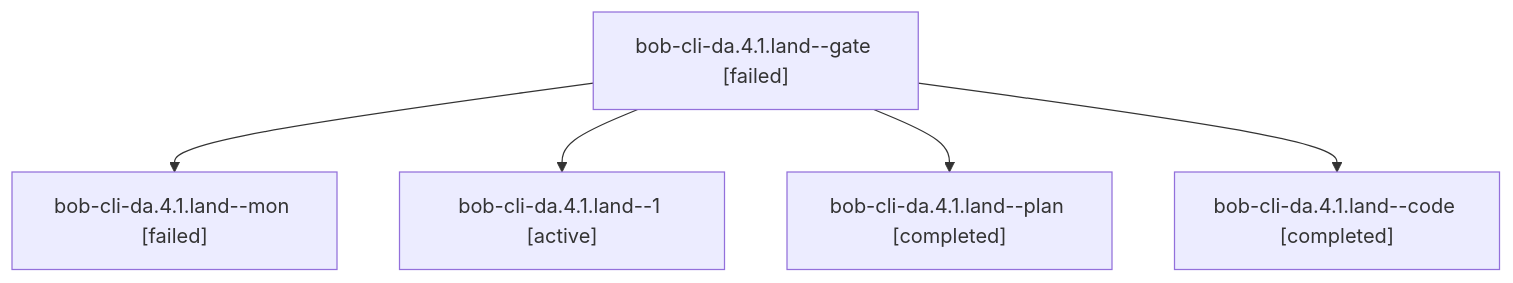
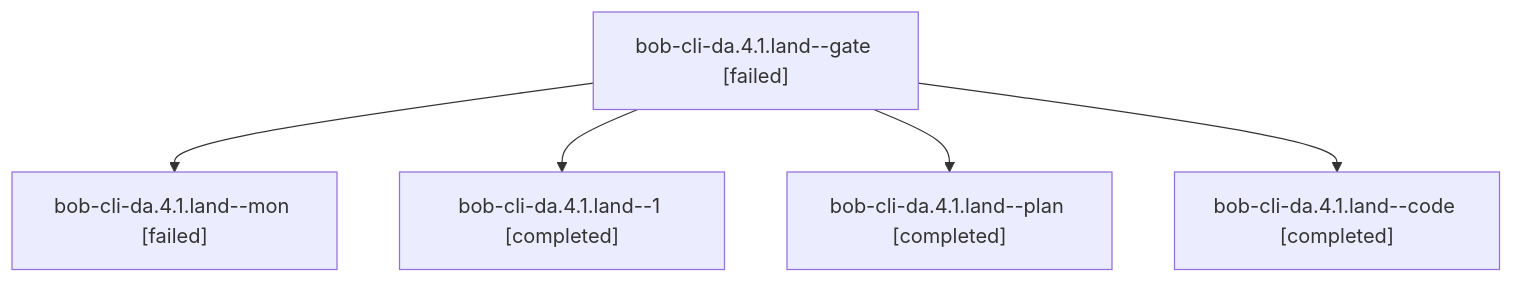
The diagram in sessions/bbugyi200.athena.bob-cli-da.4.1.land.md (bobs-org/bob-cli--agents), drawn with Mermaid before and after one commit. The commit also changed other lines of this file and 100 other files, not shown here.

````diff
--- a/sessions/bbugyi200.athena.bob-cli-da.4.1.land.md
+++ b/sessions/bbugyi200.athena.bob-cli-da.4.1.land.md
@@ -9,12 +9,12 @@
 ```mermaid
 flowchart TD
   n0["bob-cli-da.4.1.land--gate [failed]"]
   n1["bob-cli-da.4.1.land--mon [failed]"]
   n0 --> n1
-  n2["bob-cli-da.4.1.land--1 [active]"]
+  n2["bob-cli-da.4.1.land--1 [completed]"]
   n0 --> n2
   n3["bob-cli-da.4.1.land--plan [completed]"]
   n0 --> n3
   n4["bob-cli-da.4.1.land--code [completed]"]
   n0 --> n4
 ```
````
